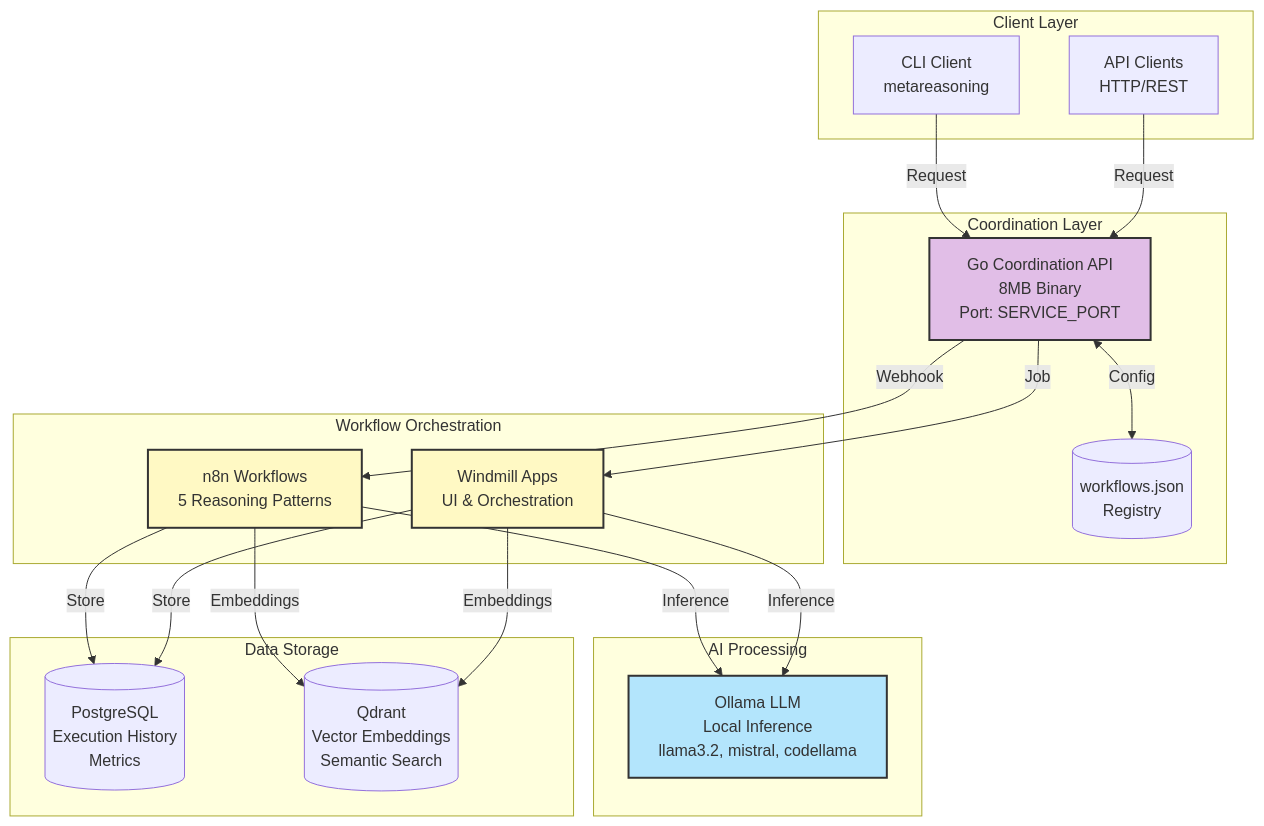
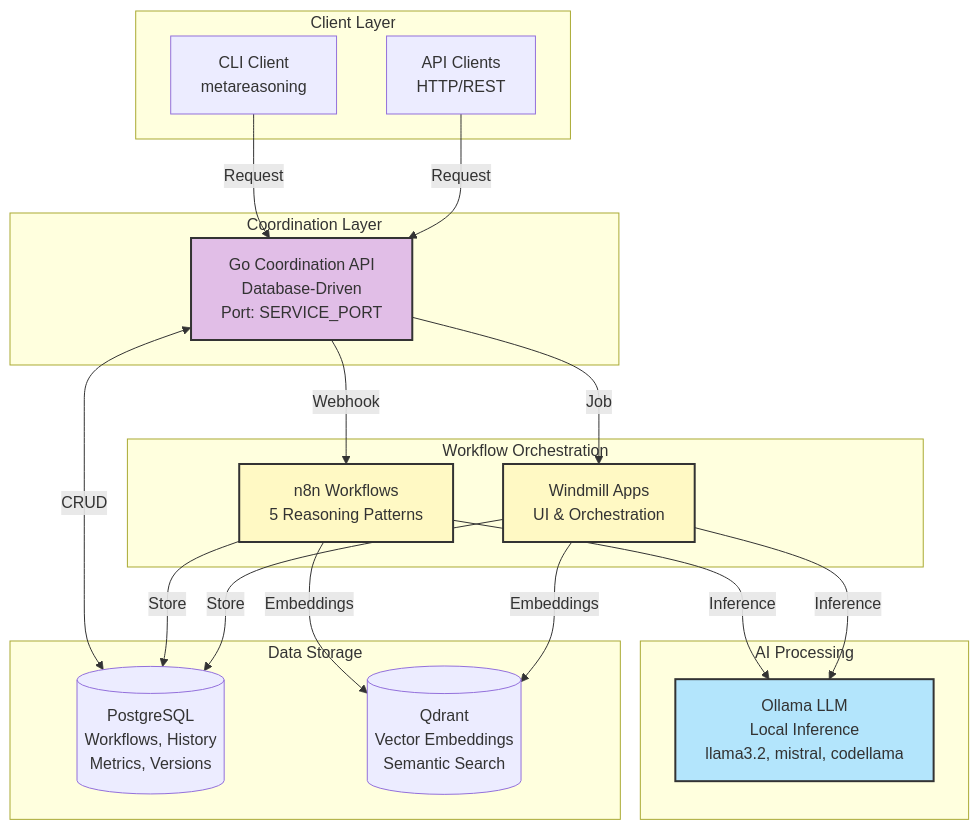
One commit to Vrooli/Vrooli changed the diagram in scripts/scenarios/core/agent-metareasoning-manager/README.md. Above: the diagram before and after it, drawn with Mermaid. The commit also changed other lines of this file and 34 other files, not shown here.

Commit message:
scenarios and service.json p29

````diff
--- a/scripts/scenarios/core/agent-metareasoning-manager/README.md
+++ b/scripts/scenarios/core/agent-metareasoning-manager/README.md
@@ -16,43 +16,42 @@
 ```mermaid
 flowchart TB
     subgraph "Client Layer"
         CLI[CLI Client<br/>metareasoning]
         API_CLIENT[API Clients<br/>HTTP/REST]
     end
     
     subgraph "Coordination Layer"
-        GO_API[Go Coordination API<br/>8MB Binary<br/>Port: SERVICE_PORT]
-        WORKFLOWS_JSON[(workflows.json<br/>Registry)]
+        GO_API[Go Coordination API<br/>Database-Driven<br/>Port: SERVICE_PORT]
     end
     
     subgraph "Workflow Orchestration"
         N8N[n8n Workflows<br/>5 Reasoning Patterns]
         WINDMILL[Windmill Apps<br/>UI & Orchestration]
     end
     
     subgraph "AI Processing"
         OLLAMA[Ollama LLM<br/>Local Inference<br/>llama3.2, mistral, codellama]
     end
     
     subgraph "Data Storage"
-        POSTGRES[(PostgreSQL<br/>Execution History<br/>Metrics)]
+        POSTGRES[(PostgreSQL<br/>Workflows, History<br/>Metrics, Versions)]
         QDRANT[(Qdrant<br/>Vector Embeddings<br/>Semantic Search)]
     end
     
     CLI -->|Request| GO_API
     API_CLIENT -->|Request| GO_API
-    GO_API <-->|Config| WORKFLOWS_JSON
     GO_API -->|Webhook| N8N
     GO_API -->|Job| WINDMILL
+    GO_API <-->|CRUD| POSTGRES
     N8N -->|Inference| OLLAMA
     WINDMILL -->|Inference| OLLAMA
     N8N -->|Store| POSTGRES
     WINDMILL -->|Store| POSTGRES
     N8N -->|Embeddings| QDRANT
     WINDMILL -->|Embeddings| QDRANT
     
     style GO_API fill:#e1bee7,stroke:#333,stroke-width:2px
     style OLLAMA fill:#b3e5fc,stroke:#333,stroke-width:2px
     style N8N fill:#fff9c4,stroke:#333,stroke-width:2px
     style WINDMILL fill:#fff9c4,stroke:#333,stroke-width:2px
 ```
````
